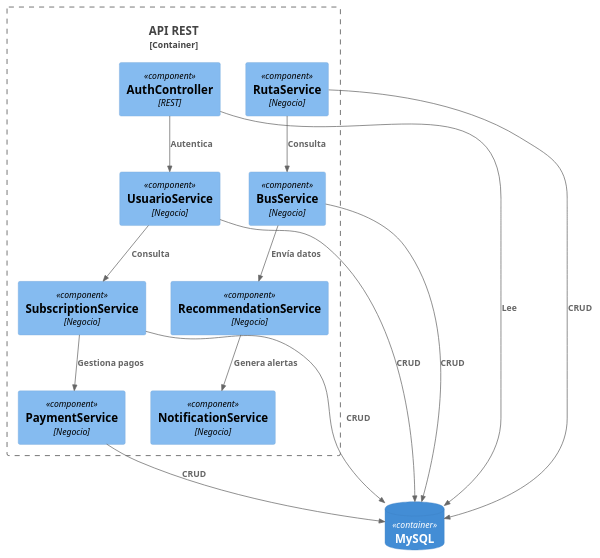
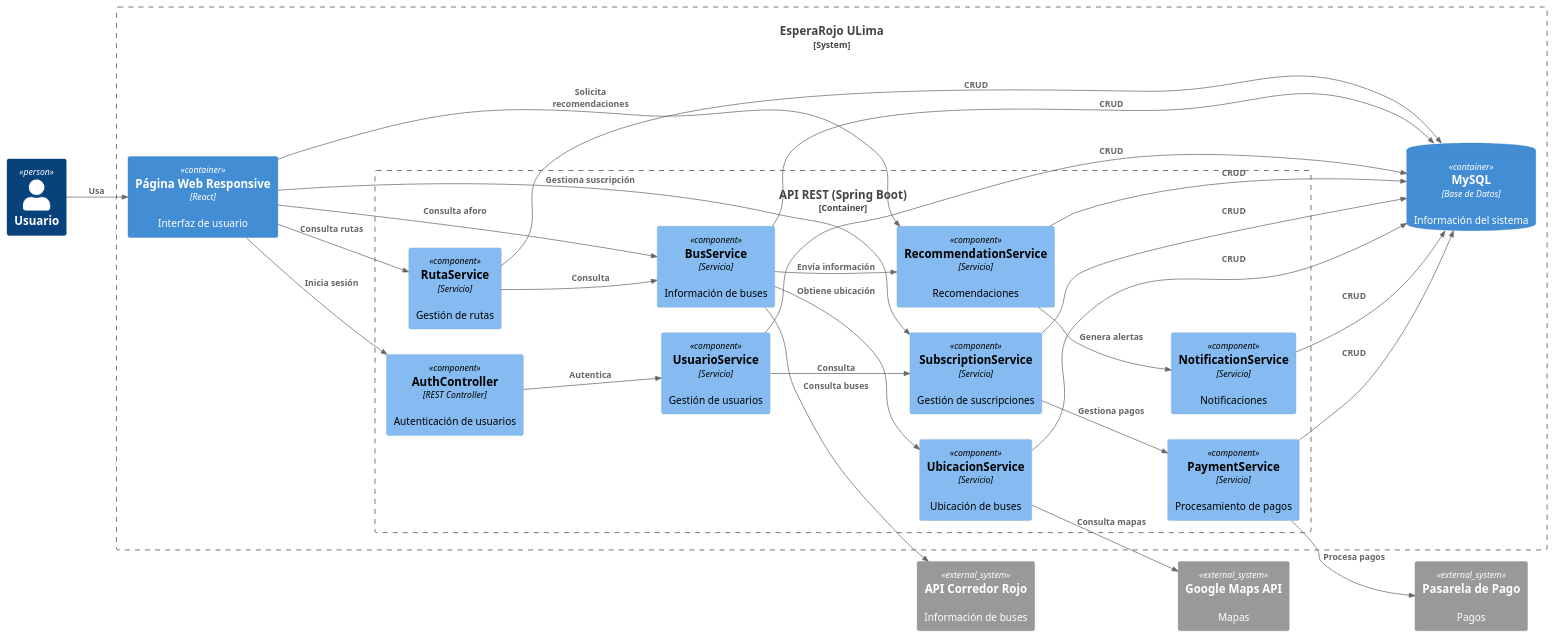
The diagram in diagramas c4/componentes.puml (AndreCabrejos/diagramas-uml), drawn with PlantUML before and after one commit. The commit also changed 34 other files, not shown here.

Commit message:
finalizando ultimos diagramas separando otros y mejorandolos

```diff
--- a/diagramas c4/componentes.puml
+++ b/diagramas c4/componentes.puml
@@ -1,33 +1,62 @@
 @startuml C3_Component
-!include https://raw.githubusercontent.com/plantuml-stdlib/C4-PlantUML/master/C4_Component.puml
 
-Container_Boundary(api,"API REST"){
+!includeurl https://raw.githubusercontent.com/plantuml-stdlib/C4-PlantUML/master/C4_Component.puml
 
-Component(auth,"AuthController","REST")
-Component(user,"UsuarioService","Negocio")
-Component(route,"RutaService","Negocio")
-Component(bus,"BusService","Negocio")
-Component(subscription,"SubscriptionService","Negocio")
-Component(payment,"PaymentService","Negocio")
-Component(notification,"NotificationService","Negocio")
-Component(recommendation,"RecommendationService","Negocio")
+LAYOUT_LEFT_RIGHT()
 
+Person(usuario, "Usuario")
+
+System_Boundary(s1, "EsperaRojo ULima") {
+
+    Container(web, "Página Web Responsive", "React", "Interfaz de usuario")
+
+    Container_Boundary(api, "API REST (Spring Boot)") {
+
+        Component(auth, "AuthController", "REST Controller", "Autenticación de usuarios")
+        Component(usuarioService, "UsuarioService", "Servicio", "Gestión de usuarios")
+        Component(rutaService, "RutaService", "Servicio", "Gestión de rutas")
+        Component(busService, "BusService", "Servicio", "Información de buses")
+        Component(ubicacionService, "UbicacionService", "Servicio", "Ubicación de buses")
+        Component(subscriptionService, "SubscriptionService", "Servicio", "Gestión de suscripciones")
+        Component(paymentService, "PaymentService", "Servicio", "Procesamiento de pagos")
+        Component(notificationService, "NotificationService", "Servicio", "Notificaciones")
+        Component(recommendationService, "RecommendationService", "Servicio", "Recomendaciones")
+    }
+
+    ContainerDb(db, "MySQL", "Base de Datos", "Información del sistema")
 }
 
-ContainerDb(db,"MySQL")
+System_Ext(maps, "Google Maps API", "Mapas")
+System_Ext(payext, "Pasarela de Pago", "Pagos")
+System_Ext(busapi, "API Corredor Rojo", "Información de buses")
 
-Rel(auth,user,"Autentica")
-Rel(user,subscription,"Consulta")
-Rel(subscription,payment,"Gestiona pagos")
-Rel(route,bus,"Consulta")
-Rel(bus,recommendation,"Envía datos")
-Rel(recommendation,notification,"Genera alertas")
+Rel(usuario, web, "Usa")
 
-Rel(auth,db,"Lee")
-Rel(user,db,"CRUD")
-Rel(route,db,"CRUD")
-Rel(bus,db,"CRUD")
-Rel(subscription,db,"CRUD")
-Rel(payment,db,"CRUD")
+Rel(web, auth, "Inicia sesión")
+Rel(web, rutaService, "Consulta rutas")
+Rel(web, busService, "Consulta aforo")
+Rel(web, subscriptionService, "Gestiona suscripción")
+Rel(web, recommendationService, "Solicita recomendaciones")
+
+Rel(auth, usuarioService, "Autentica")
+Rel(usuarioService, subscriptionService, "Consulta")
+Rel(subscriptionService, paymentService, "Gestiona pagos")
+Rel(rutaService, busService, "Consulta")
+Rel(busService, ubicacionService, "Obtiene ubicación")
+Rel(busService, recommendationService, "Envía información")
+Rel(recommendationService, notificationService, "Genera alertas")
+
+Rel(ubicacionService, maps, "Consulta mapas")
+Rel(paymentService, payext, "Procesa pagos")
+Rel(busService, busapi, "Consulta buses")
+
+Rel(usuarioService, db, "CRUD")
+Rel(rutaService, db, "CRUD")
+Rel(busService, db, "CRUD")
+Rel(ubicacionService, db, "CRUD")
+Rel(subscriptionService, db, "CRUD")
+Rel(paymentService, db, "CRUD")
+Rel(notificationService, db, "CRUD")
+Rel(recommendationService, db, "CRUD")
 
 @enduml
```
